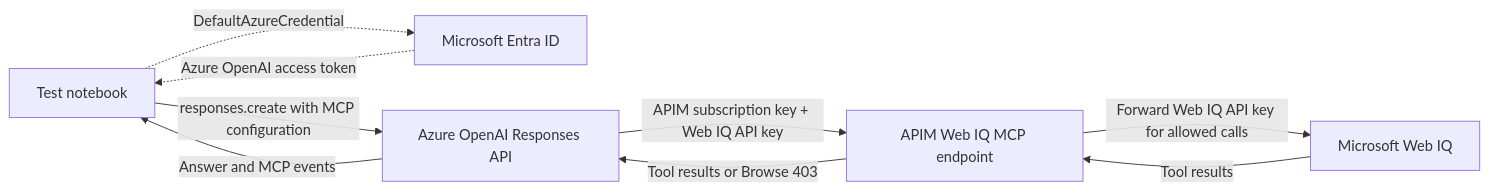
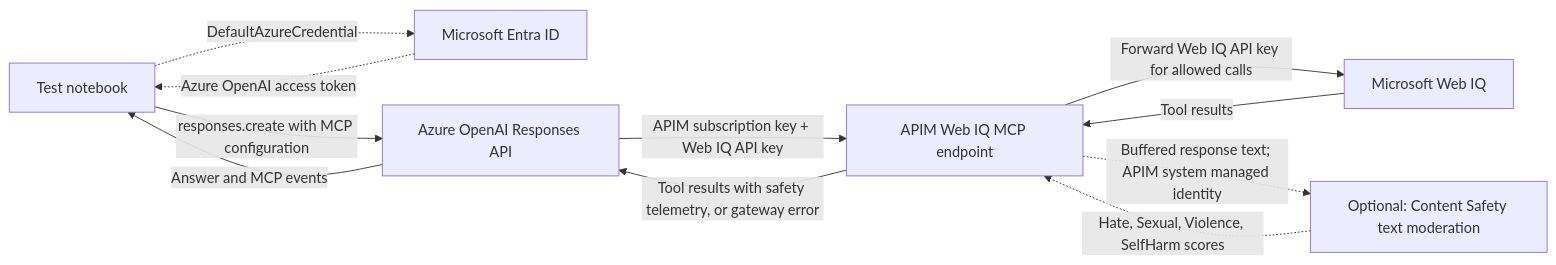
One commit to jakeatmsft/AI-Gateway changed the second of 2 diagrams in labs/web-iq/README.md. Above: the diagram before and after it, drawn with Mermaid. The commit also changed other lines of this file and 7 other files, not shown here.

Commit message:
added content safety to web-iq APIM policies

````diff
--- a/labs/web-iq/README.md
+++ b/labs/web-iq/README.md
@@ -216,16 +260,19 @@
 ```mermaid
 flowchart LR
     Notebook[Test notebook]
     Entra[Microsoft Entra ID]
     Responses[Azure OpenAI Responses API]
     Gateway[APIM Web IQ MCP endpoint]
     WebIQ[Microsoft Web IQ]
+    Safety[Optional: Content Safety text moderation]
     Notebook -.->|DefaultAzureCredential| Entra
     Entra -.->|Azure OpenAI access token| Notebook
     Notebook -->|responses.create with MCP configuration| Responses
     Responses -->|APIM subscription key + Web IQ API key| Gateway
     Gateway -->|Forward Web IQ API key for allowed calls| WebIQ
     WebIQ -->|Tool results| Gateway
-    Gateway -->|Tool results or Browse 403| Responses
+    Gateway -.->|Buffered response text; APIM system managed identity| Safety
+    Safety -.->|Hate, Sexual, Violence, SelfHarm scores| Gateway
+    Gateway -->|Tool results with safety telemetry, or gateway error| Responses
     Responses -->|Answer and MCP events| Notebook
 ```
````
